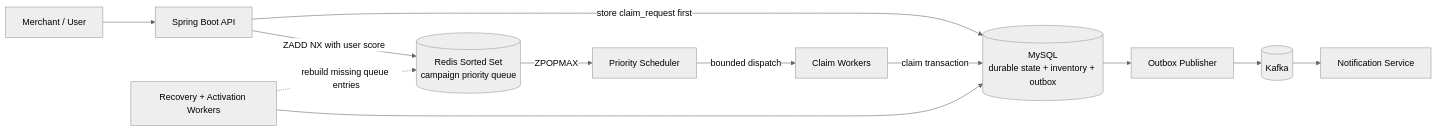
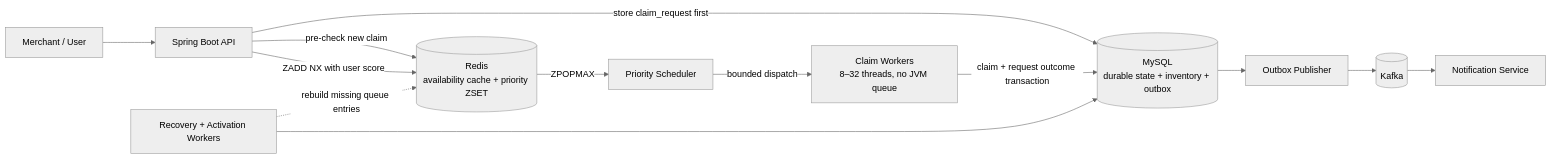
One commit to PhamDinhDuy-2508/Voucher-claim-system changed the first of 14 diagrams in SOLUTION.md. Above: the diagram before and after it, drawn with Mermaid (neutral theme). The commit also changed other lines of this file, not shown here.

Commit message:
docs: align high level architecture with claim flow

````diff
--- a/SOLUTION.md
+++ b/SOLUTION.md
@@ -148,14 +148,15 @@
 ```mermaid
 flowchart LR
     U[Merchant / User] --> API[Spring Boot API]
+    API -->|pre-check new claim| R[(Redis<br/>availability cache + priority ZSET)]
     API -->|store claim_request first| DB[(MySQL<br/>durable state + inventory + outbox)]
-    API -->|ZADD NX with user score| R[(Redis Sorted Set<br/>campaign priority queue)]
+    API -->|ZADD NX with user score| R
     R -->|ZPOPMAX| S[Priority Scheduler]
-    S -->|bounded dispatch| W[Claim Workers]
-    W -->|claim transaction| DB
+    S -->|bounded dispatch| W[Claim Workers<br/>8–32 threads, no JVM queue]
+    W -->|claim + request outcome transaction| DB
     RW[Recovery + Activation Workers] --> DB
     RW -. rebuild missing queue entries .-> R
     DB --> OP[Outbox Publisher]
     OP --> K[(Kafka)]
     K --> NS[Notification Service]
 ```
````
